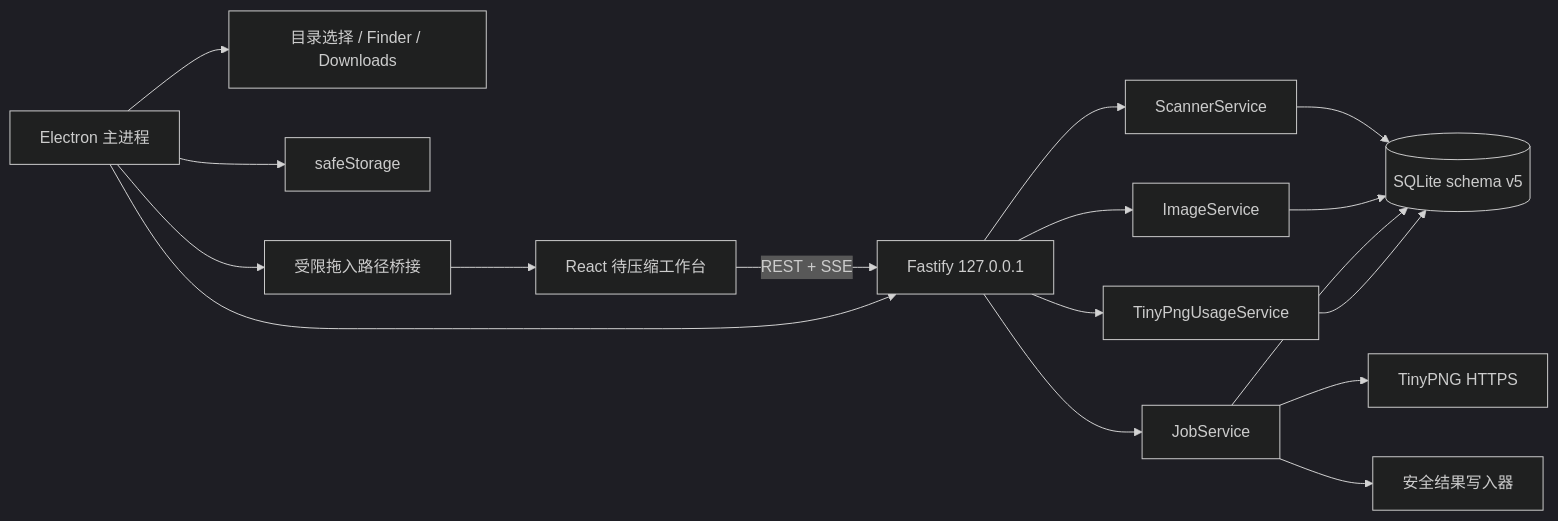
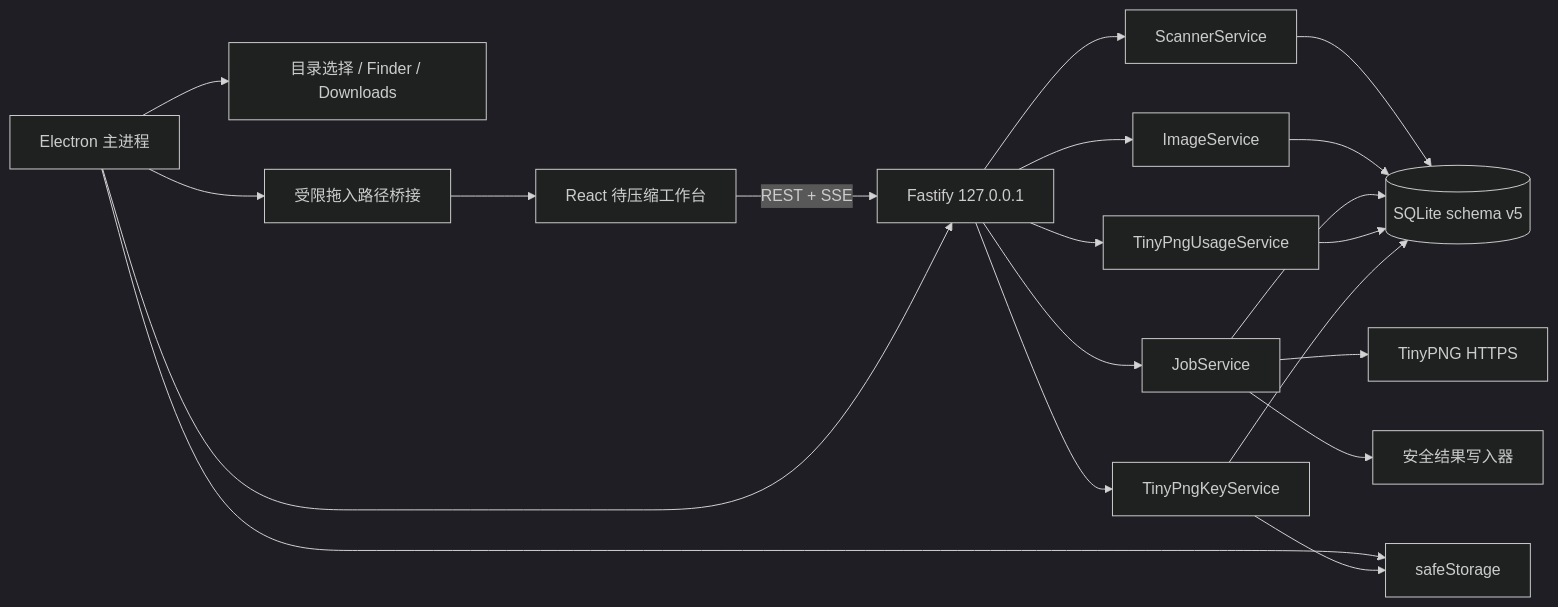
The first of 2 diagrams in docs/technical-architecture.md (daiweidw/image-compression-automation), drawn with Mermaid (dark theme) before and after one commit. The commit also changed other lines of this file and 30 other files, not shown here.

````diff
--- a/docs/technical-architecture.md
+++ b/docs/technical-architecture.md
@@ -21,19 +21,22 @@
 ```mermaid
 flowchart LR
     UI["React 待压缩工作台"] -->|"REST + SSE"| API["Fastify 127.0.0.1"]
     Electron["Electron 主进程"] --> API
     Electron --> Picker["目录选择 / Finder / Downloads"]
     Electron --> Secret["safeStorage"]
     Electron --> Preload["受限拖入路径桥接"]
     Preload --> UI
     API --> Scanner["ScannerService"]
     API --> Images["ImageService"]
     API --> Jobs["JobService"]
     API --> Usage["TinyPngUsageService"]
+    API --> Keys["TinyPngKeyService"]
     Scanner --> DB[("SQLite schema v5")]
     Images --> DB
     Jobs --> DB
     Usage --> DB
+    Keys --> DB
+    Keys --> Secret
     Jobs --> Tiny["TinyPNG HTTPS"]
     Jobs --> Output["安全结果写入器"]
 ```
````
